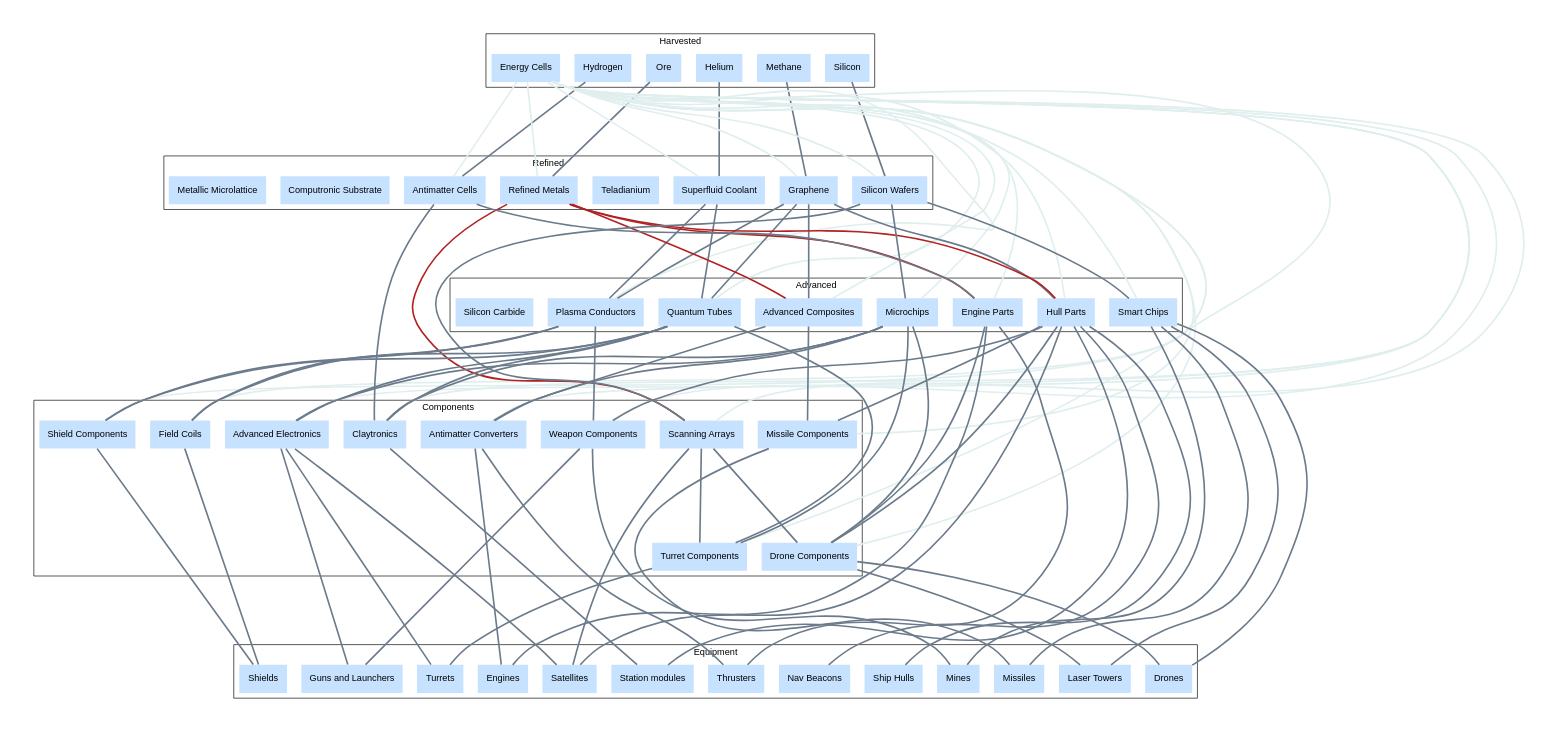
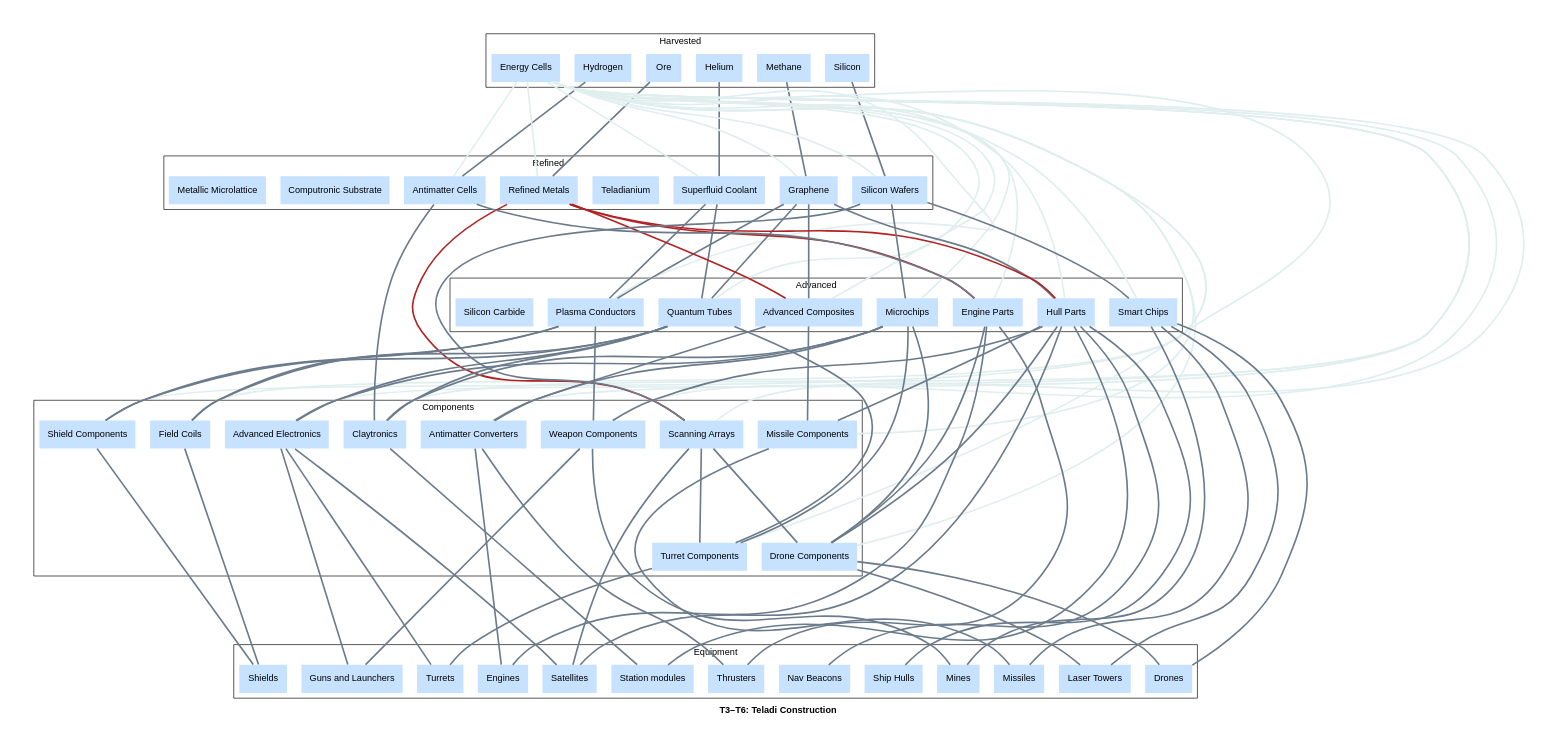
One commit to borntyping/x4-diagrams changed the diagram in docs/t3_t6_teladi_construction_graph.dot. Above: the diagram before and after it, drawn with Graphviz. The commit also changed 117 other files, not shown here.

Commit message:
Add titles and descriptions to diagrams

```diff
--- a/docs/t3_t6_teladi_construction_graph.dot
+++ b/docs/t3_t6_teladi_construction_graph.dot
@@ -1,154 +1,155 @@
 graph "X4 Economy" {
 	compound=true fontname="Helvetica,Arial,sans-serif"
+	label=<<b>T3–T6: Teladi Construction</b>>
 	graph [nodesep=0.3 pad=0.5 ranksep=2]
 	node [color=slategray1 fontname="Helvetica,Arial,sans-serif" margin=0.2 penwidth=0 shape=record style=filled]
 	edge [fontname="Helvetica,Arial,sans-serif" penwidth=2.5]
 	subgraph 0 {
 		cluster=true label=Harvested
 		Helium [colour=lightsteelblue2 shape=box]
 		Methane [colour=lightsteelblue2 shape=box]
 		Ore [colour=lightsteelblue2 shape=box]
 		Hydrogen [colour=lightsteelblue2 shape=box]
 		Silicon [colour=lightsteelblue2 shape=box]
 		"Energy Cells" [colour=lightsteelblue2 shape=box]
 	}
 	subgraph 3 {
 		cluster=true label=Refined
 		"Superfluid Coolant" [colour=lightsteelblue2 shape=box]
 		Graphene [colour=lightsteelblue2 shape=box]
 		"Refined Metals" [colour=lightsteelblue2 shape=box]
 		Teladianium [colour=lightsteelblue2 shape=box]
 		"Antimatter Cells" [colour=lightsteelblue2 shape=box]
 		"Silicon Wafers" [colour=lightsteelblue2 shape=box]
 		"Computronic Substrate" [colour=lightsteelblue2 shape=box]
 		"Metallic Microlattice" [colour=lightsteelblue2 shape=box]
 	}
 	subgraph 4 {
 		cluster=true label=Advanced
 		"Plasma Conductors" [colour=lightsteelblue2 shape=box]
 		"Quantum Tubes" [colour=lightsteelblue2 shape=box]
 		"Advanced Composites" [colour=lightsteelblue2 shape=box]
 		"Hull Parts" [colour=lightsteelblue2 shape=box]
 		"Engine Parts" [colour=lightsteelblue2 shape=box]
 		Microchips [colour=lightsteelblue2 shape=box]
 		"Smart Chips" [colour=lightsteelblue2 shape=box]
 		"Silicon Carbide" [colour=lightsteelblue2 shape=box]
 	}
 	subgraph 5 {
 		cluster=true label=Components
 		"Drone Components" [colour=lightsteelblue2 shape=box]
 		"Turret Components" [colour=lightsteelblue2 shape=box]
 		"Missile Components" [colour=lightsteelblue2 shape=box]
 		"Field Coils" [colour=lightsteelblue2 shape=box]
 		"Shield Components" [colour=lightsteelblue2 shape=box]
 		"Antimatter Converters" [colour=lightsteelblue2 shape=box]
 		"Weapon Components" [colour=lightsteelblue2 shape=box]
 		"Scanning Arrays" [colour=orange1 shape=box]
 		Claytronics [colour=lightsteelblue2 shape=box]
 		"Advanced Electronics" [colour=lightsteelblue2 shape=box]
 	}
 	subgraph 6 {
 		cluster=true label=Equipment
 		"Ship Hulls" [colour=lightsteelblue2 shape=box]
 		"Nav Beacons" [colour=lightsteelblue2 shape=box]
 		Missiles [colour=lightsteelblue2 shape=box]
 		"Station modules" [colour=hotpink1 shape=box]
 		Engines [colour=hotpink1 shape=box]
 		Thrusters [colour=hotpink1 shape=box]
 		Mines [colour=lightsteelblue2 shape=box]
 		Drones [colour=lightsteelblue2 shape=box]
 		"Laser Towers" [colour=lightsteelblue2 shape=box]
 		Shields [colour=hotpink1 shape=box]
 		Turrets [colour=hotpink1 shape=box]
 		"Guns and Launchers" [colour=hotpink1 shape=box]
 		Satellites [colour=lightsteelblue2 shape=box]
 	}
 	"Energy Cells" -- "Superfluid Coolant" [color=azure2 constraint=false]
 	Helium -- "Superfluid Coolant" [color=slategray4 constraint=true]
 	"Energy Cells" -- Graphene [color=azure2 constraint=false]
 	Methane -- Graphene [color=slategray4 constraint=true]
 	"Energy Cells" -- "Refined Metals" [color=azure2 constraint=false]
 	Ore -- "Refined Metals" [color=slategray4 constraint=true]
 	"Energy Cells" -- "Antimatter Cells" [color=azure2 constraint=false]
 	Hydrogen -- "Antimatter Cells" [color=slategray4 constraint=true]
 	"Energy Cells" -- "Silicon Wafers" [color=azure2 constraint=false]
 	Silicon -- "Silicon Wafers" [color=slategray4 constraint=true]
 	"Energy Cells" -- "Plasma Conductors" [color=azure2 constraint=false]
 	Graphene -- "Plasma Conductors" [color=slategray4 constraint=true]
 	"Superfluid Coolant" -- "Plasma Conductors" [color=slategray4 constraint=true]
 	"Energy Cells" -- "Quantum Tubes" [color=azure2 constraint=false]
 	Graphene -- "Quantum Tubes" [color=slategray4 constraint=true]
 	"Superfluid Coolant" -- "Quantum Tubes" [color=slategray4 constraint=true]
 	"Energy Cells" -- "Advanced Composites" [color=azure2 constraint=false]
 	Graphene -- "Advanced Composites" [color=slategray4 constraint=true]
 	"Refined Metals" -- "Advanced Composites" [color=firebrick constraint=true]
 	"Energy Cells" -- "Hull Parts" [color=azure2 constraint=false]
 	Graphene -- "Hull Parts" [color=slategray4 constraint=true]
 	"Refined Metals" -- "Hull Parts" [color=firebrick constraint=true]
 	"Antimatter Cells" -- "Engine Parts" [color=slategray4 constraint=true]
 	"Energy Cells" -- "Engine Parts" [color=azure2 constraint=false]
 	"Refined Metals" -- "Engine Parts" [color=firebrick constraint=true]
 	"Energy Cells" -- Microchips [color=azure2 constraint=false]
 	"Silicon Wafers" -- Microchips [color=slategray4 constraint=true]
 	"Energy Cells" -- "Smart Chips" [color=azure2 constraint=false]
 	"Silicon Wafers" -- "Smart Chips" [color=slategray4 constraint=true]
 	"Energy Cells" -- "Drone Components" [color=azure2 constraint=false]
 	"Engine Parts" -- "Drone Components" [color=slategray4 constraint=true]
 	"Hull Parts" -- "Drone Components" [color=slategray4 constraint=true]
 	Microchips -- "Drone Components" [color=slategray4 constraint=true]
 	"Scanning Arrays" -- "Drone Components" [color=slategray4 constraint=true]
 	"Energy Cells" -- "Turret Components" [color=azure2 constraint=false]
 	Microchips -- "Turret Components" [color=slategray4 constraint=true]
 	"Quantum Tubes" -- "Turret Components" [color=slategray4 constraint=true]
 	"Scanning Arrays" -- "Turret Components" [color=slategray4 constraint=true]
 	"Advanced Composites" -- "Missile Components" [color=slategray4 constraint=true]
 	"Energy Cells" -- "Missile Components" [color=azure2 constraint=false]
 	"Hull Parts" -- "Missile Components" [color=slategray4 constraint=true]
 	"Energy Cells" -- "Field Coils" [color=azure2 constraint=false]
 	"Plasma Conductors" -- "Field Coils" [color=slategray4 constraint=true]
 	"Quantum Tubes" -- "Field Coils" [color=slategray4 constraint=true]
 	"Energy Cells" -- "Shield Components" [color=azure2 constraint=false]
 	"Plasma Conductors" -- "Shield Components" [color=slategray4 constraint=true]
 	"Quantum Tubes" -- "Shield Components" [color=slategray4 constraint=true]
 	"Advanced Composites" -- "Antimatter Converters" [color=slategray4 constraint=true]
 	"Energy Cells" -- "Antimatter Converters" [color=azure2 constraint=false]
 	Microchips -- "Antimatter Converters" [color=slategray4 constraint=true]
 	"Energy Cells" -- "Weapon Components" [color=azure2 constraint=false]
 	"Hull Parts" -- "Weapon Components" [color=slategray4 constraint=true]
 	"Plasma Conductors" -- "Weapon Components" [color=slategray4 constraint=true]
 	"Energy Cells" -- "Scanning Arrays" [color=azure2 constraint=false]
 	"Refined Metals" -- "Scanning Arrays" [color=firebrick constraint=true]
 	"Silicon Wafers" -- "Scanning Arrays" [color=slategray4 constraint=true]
 	"Antimatter Cells" -- Claytronics [color=slategray4 constraint=true]
 	"Energy Cells" -- Claytronics [color=azure2 constraint=false]
 	Microchips -- Claytronics [color=slategray4 constraint=true]
 	"Quantum Tubes" -- Claytronics [color=slategray4 constraint=true]
 	"Energy Cells" -- "Advanced Electronics" [color=azure2 constraint=false]
 	Microchips -- "Advanced Electronics" [color=slategray4 constraint=true]
 	"Quantum Tubes" -- "Advanced Electronics" [color=slategray4 constraint=true]
 	"Hull Parts" -- "Ship Hulls" [color=slategray4 constraint=true]
 	"Hull Parts" -- "Nav Beacons" [color=slategray4 constraint=true]
 	"Missile Components" -- Missiles [color=slategray4 constraint=true]
 	"Smart Chips" -- Missiles [color=slategray4 constraint=true]
 	"Hull Parts" -- "Station modules" [color=slategray4 constraint=true]
 	Claytronics -- "Station modules" [color=slategray4 constraint=true]
 	"Antimatter Converters" -- Engines [color=slategray4 constraint=true]
 	"Engine Parts" -- Engines [color=slategray4 constraint=true]
 	"Antimatter Converters" -- Thrusters [color=slategray4 constraint=true]
 	"Engine Parts" -- Thrusters [color=slategray4 constraint=true]
 	"Weapon Components" -- Mines [color=slategray4 constraint=true]
 	"Smart Chips" -- Mines [color=slategray4 constraint=true]
 	"Drone Components" -- Drones [color=slategray4 constraint=true]
 	"Smart Chips" -- Drones [color=slategray4 constraint=true]
 	"Drone Components" -- "Laser Towers" [color=slategray4 constraint=true]
 	"Smart Chips" -- "Laser Towers" [color=slategray4 constraint=true]
 	"Field Coils" -- Shields [color=slategray4 constraint=true]
 	"Shield Components" -- Shields [color=slategray4 constraint=true]
 	"Turret Components" -- Turrets [color=slategray4 constraint=true]
 	"Advanced Electronics" -- Turrets [color=slategray4 constraint=true]
 	"Advanced Electronics" -- "Guns and Launchers" [color=slategray4 constraint=true]
 	"Weapon Components" -- "Guns and Launchers" [color=slategray4 constraint=true]
 	"Scanning Arrays" -- Satellites [color=slategray4 constraint=true]
 	"Advanced Electronics" -- Satellites [color=slategray4 constraint=true]
 	"Hull Parts" -- Satellites [color=slategray4 constraint=true]
 }
```
